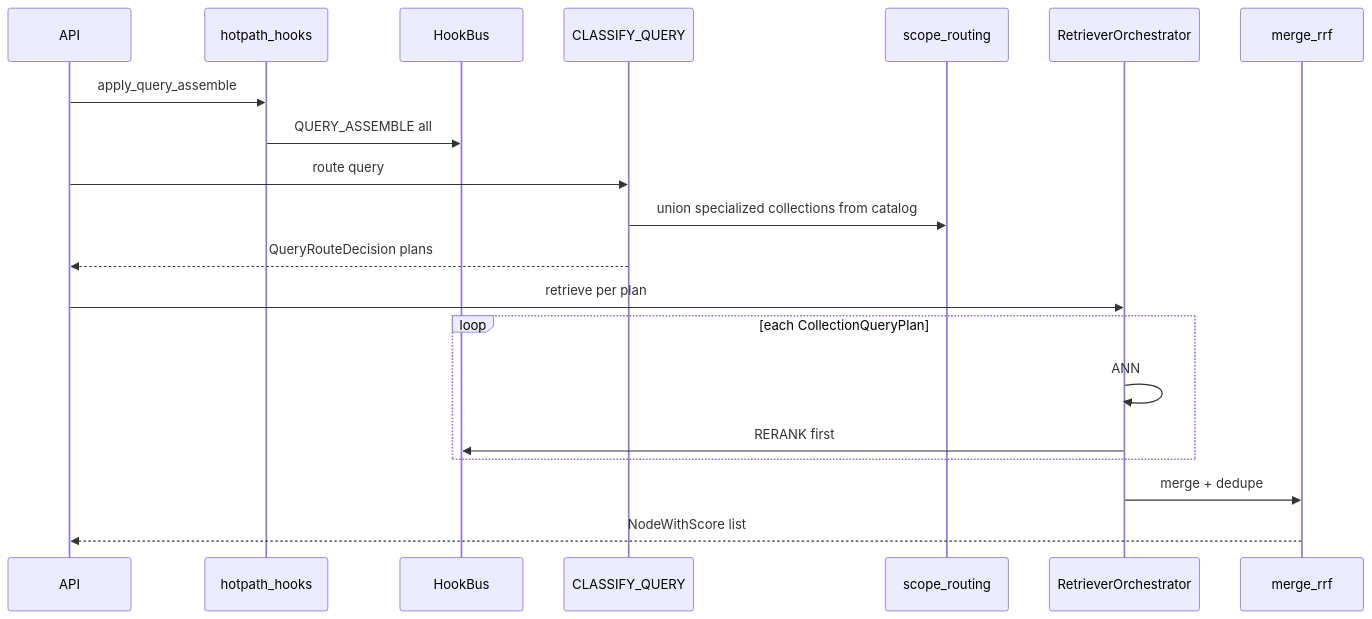
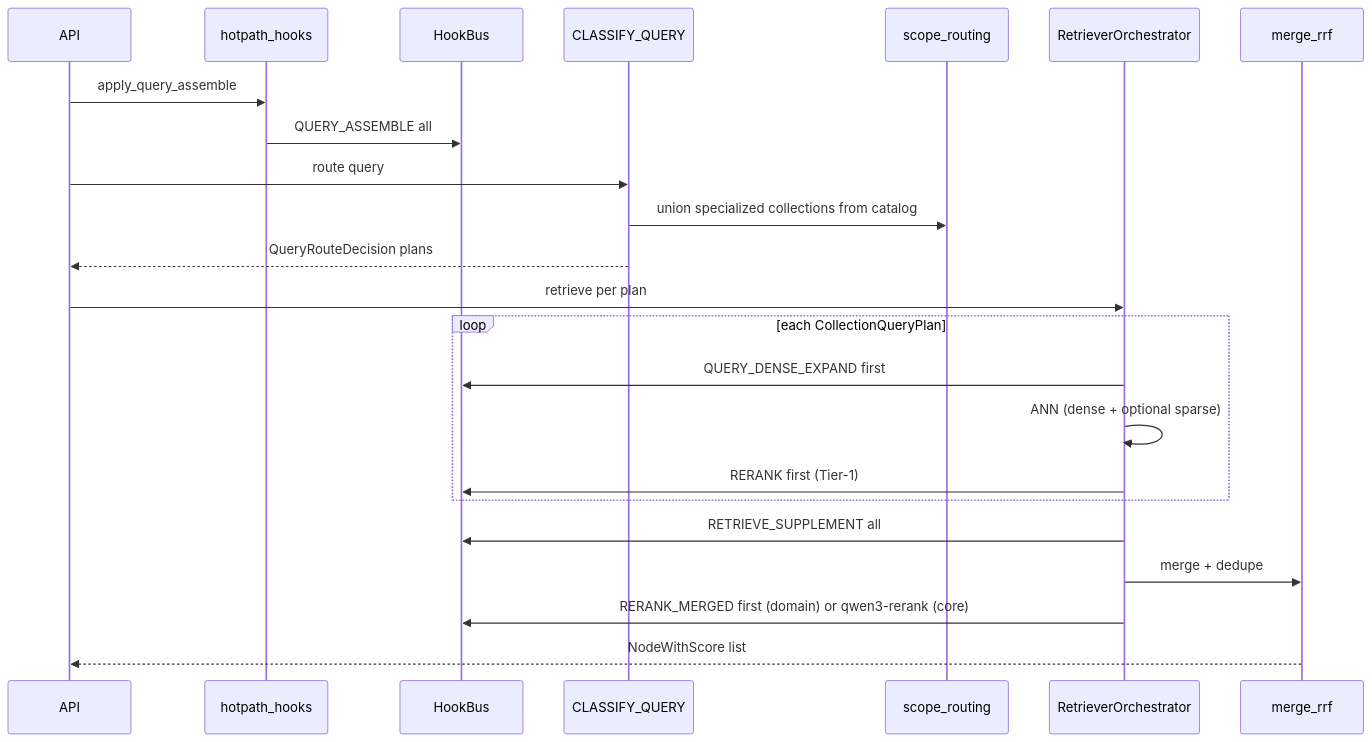
One commit to zhiweio/EagleRAG changed the fourth of 4 diagrams in docs/en/architecture/plugin-architecture.md. Above: the diagram before and after it, drawn with Mermaid. The commit also changed other lines of this file and 35 other files, not shown here.

````diff
--- a/docs/en/architecture/plugin-architecture.md
+++ b/docs/en/architecture/plugin-architecture.md
@@ -287,23 +290,26 @@
 ```mermaid
 sequenceDiagram
   participant API
   participant HotPath as hotpath_hooks
   participant Bus as HookBus
   participant Class as CLASSIFY_QUERY
   participant Scope as scope_routing
   participant Orch as RetrieverOrchestrator
   participant RRF as merge_rrf
 
   API->>HotPath: apply_query_assemble
   HotPath->>Bus: QUERY_ASSEMBLE all
   API->>Class: route query
   Class->>Scope: union specialized collections from catalog
   Class-->>API: QueryRouteDecision plans
   API->>Orch: retrieve per plan
   loop each CollectionQueryPlan
-    Orch->>Orch: ANN
-    Orch->>Bus: RERANK first
+    Orch->>Bus: QUERY_DENSE_EXPAND first
+    Orch->>Orch: ANN (dense + optional sparse)
+    Orch->>Bus: RERANK first (Tier-1)
   end
+  Orch->>Bus: RETRIEVE_SUPPLEMENT all
   Orch->>RRF: merge + dedupe
+  Orch->>Bus: RERANK_MERGED first (domain) or qwen3-rerank (core)
   RRF-->>API: NodeWithScore list
 ```
````
